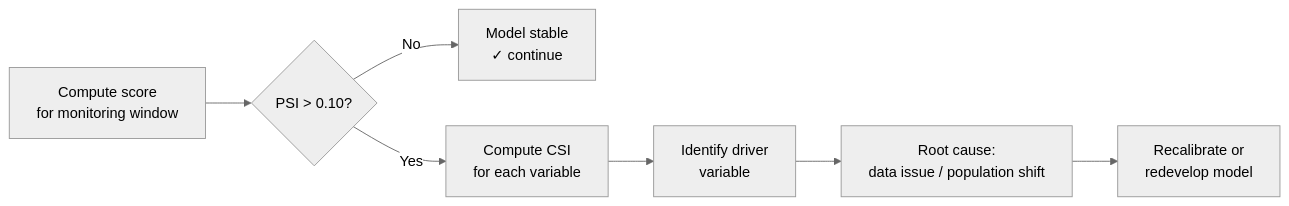
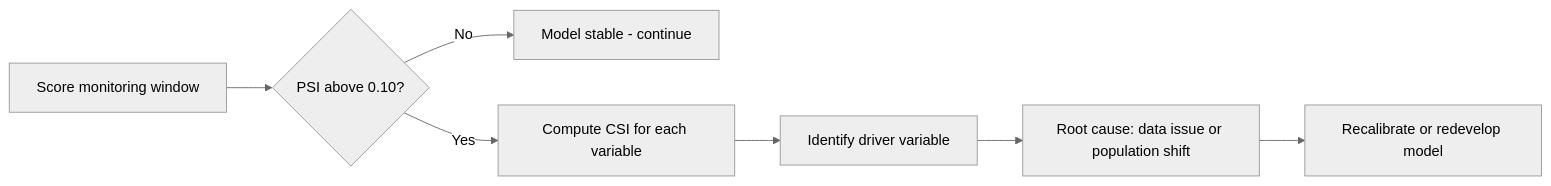
Before and after one commit to shubhamag91/ai-playbook: the third of 3 diagrams in src/content/docs/deep-dive/quantitative-methods.md, drawn with Mermaid (neutral theme). The commit also changed other lines of this file and 1 other file, not shown here.

First line of the commit message:
Fix Mermaid diagrams failing to render in quantitative methods page

````diff
--- a/src/content/docs/deep-dive/quantitative-methods.md
+++ b/src/content/docs/deep-dive/quantitative-methods.md
@@ -1288,9 +1290,9 @@
 ```mermaid
 flowchart LR
-    Score[Compute score\nfor monitoring window] --> PSI{PSI > 0.10?}
-    PSI -->|No| OK[Model stable\n✓ continue]
-    PSI -->|Yes| CSI[Compute CSI\nfor each variable]
-    CSI --> Driver[Identify driver\nvariable]
-    Driver --> Root[Root cause:\ndata issue / population shift]
-    Root --> Fix[Recalibrate or\nredevelop model]
+    Score[Score monitoring window] --> PSI{PSI above 0.10?}
+    PSI -->|No| OK[Model stable - continue]
+    PSI -->|Yes| CSI[Compute CSI for each variable]
+    CSI --> Driver[Identify driver variable]
+    Driver --> Root[Root cause: data issue or population shift]
+    Root --> Fix[Recalibrate or redevelop model]
 ```
````
